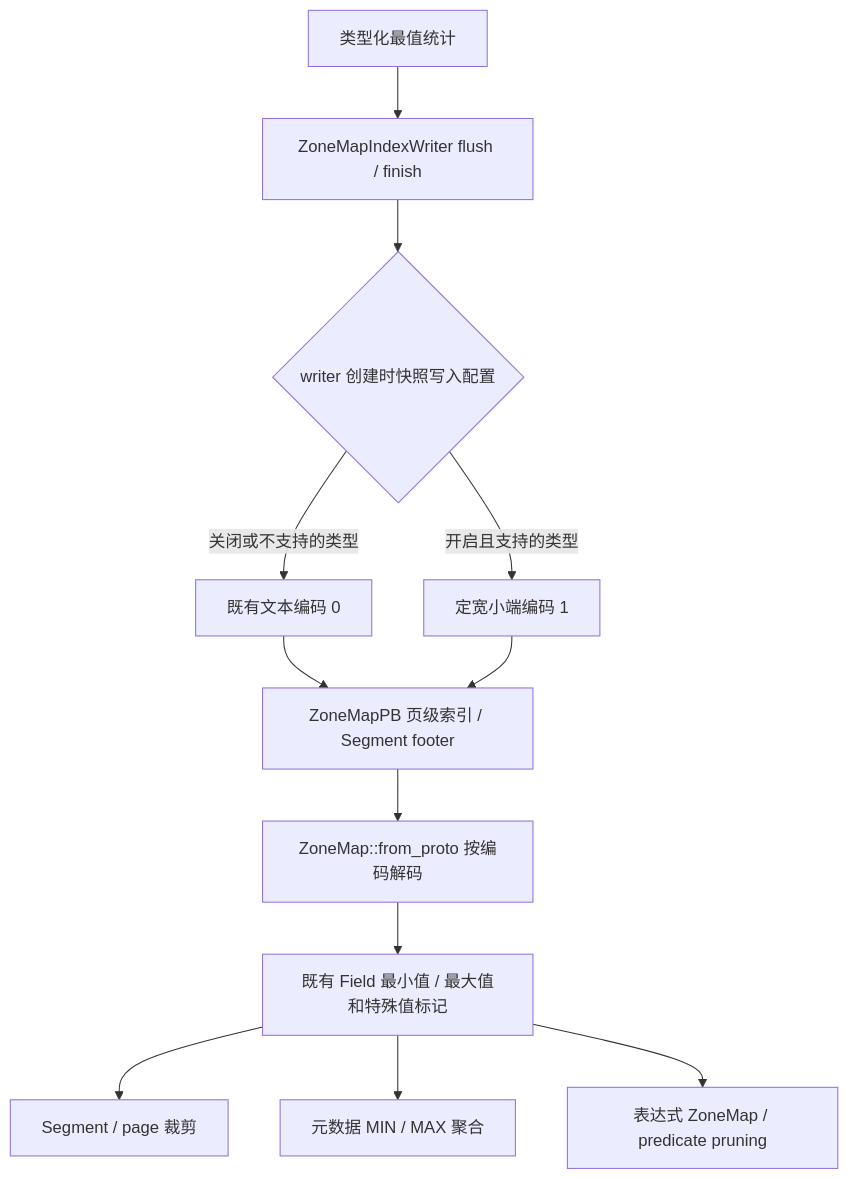
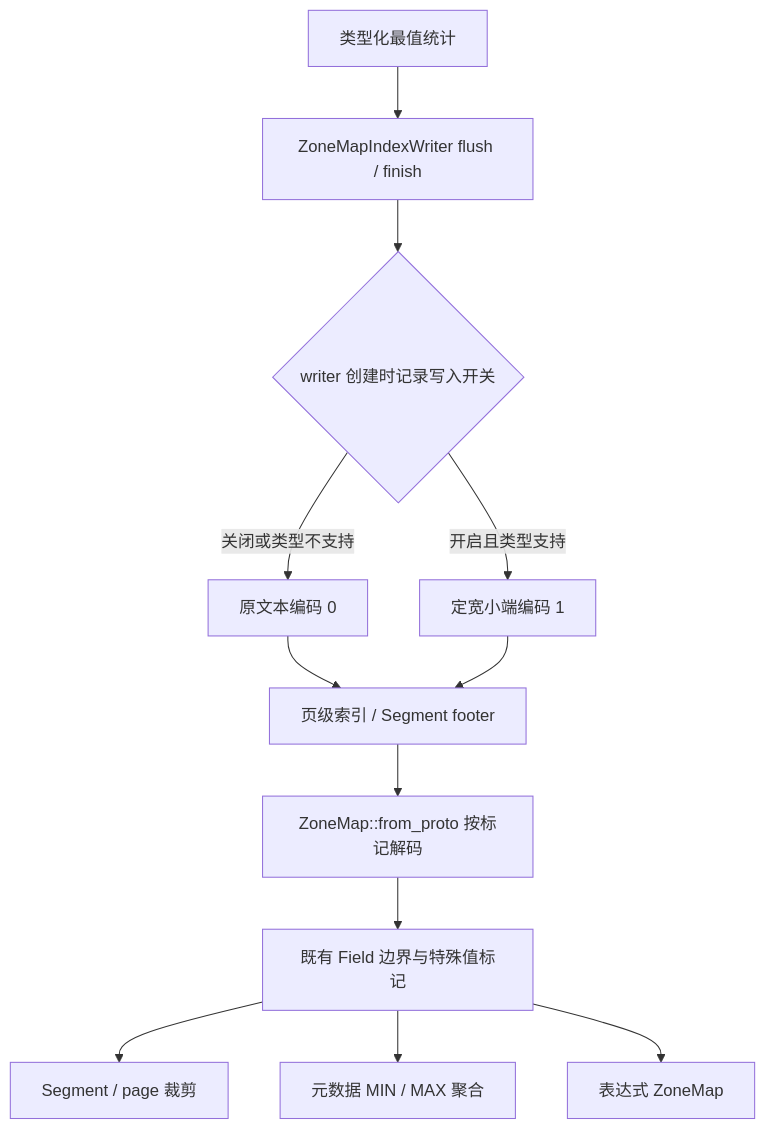
The diagram in docs/design/zonemap-binary-encoding.md (apache/doris), drawn with Mermaid before and after one commit. The commit also changed other lines of this file and 2 other files, not shown here.

First line of the commit message:
[improvement](be) Limit binary zone map encoding to modern scalar types

````diff
--- a/docs/design/zonemap-binary-encoding.md
+++ b/docs/design/zonemap-binary-encoding.md
@@ -17,14 +9,14 @@
 ```mermaid
 flowchart TD
     A[类型化最值统计] --> B[ZoneMapIndexWriter flush / finish]
-    B --> C{writer 创建时快照写入配置}
-    C -->|关闭或不支持的类型| D[既有文本编码 0]
-    C -->|开启且支持的类型| E[定宽小端编码 1]
-    D --> F[ZoneMapPB 页级索引 / Segment footer]
+    B --> C{writer 创建时记录写入开关}
+    C -->|关闭或类型不支持| D[原文本编码 0]
+    C -->|开启且类型支持| E[定宽小端编码 1]
+    D --> F[页级索引 / Segment footer]
     E --> F
-    F --> G[ZoneMap::from_proto 按编码解码]
-    G --> H[既有 Field 最小值 / 最大值和特殊值标记]
+    F --> G[ZoneMap::from_proto 按标记解码]
+    G --> H[既有 Field 边界与特殊值标记]
     H --> I[Segment / page 裁剪]
     H --> J[元数据 MIN / MAX 聚合]
-    H --> K[表达式 ZoneMap / predicate pruning]
+    H --> K[表达式 ZoneMap]
 ```
````
